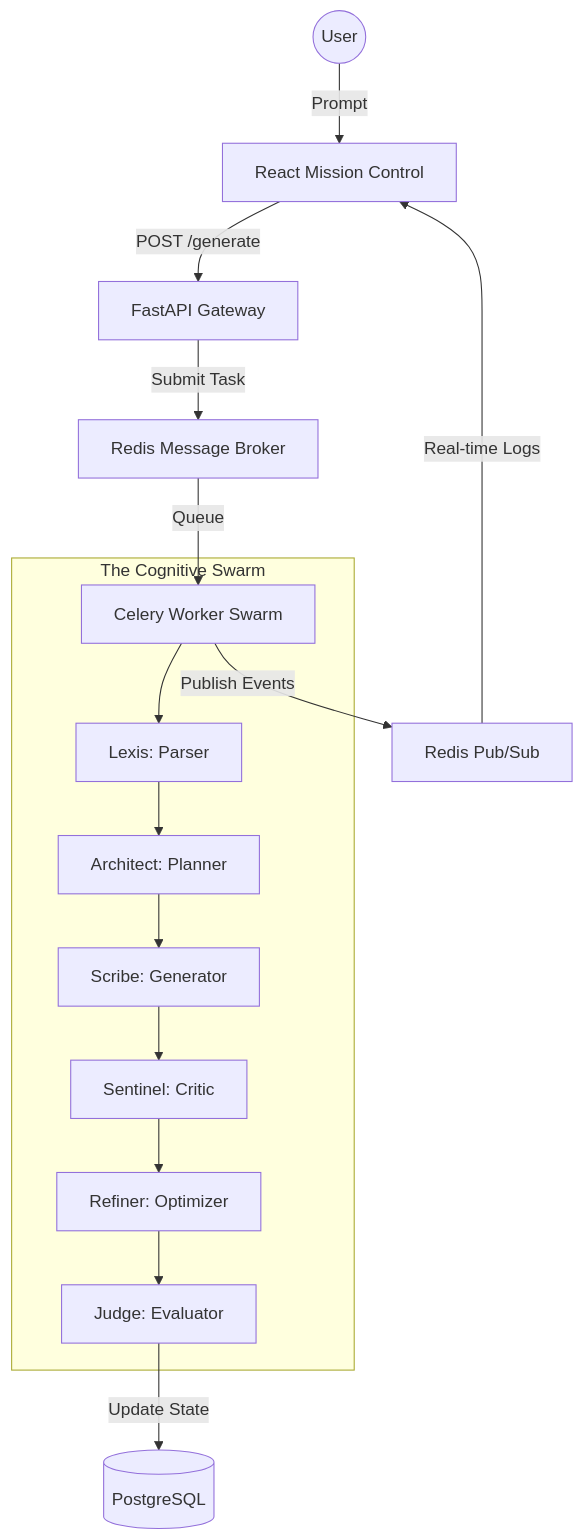
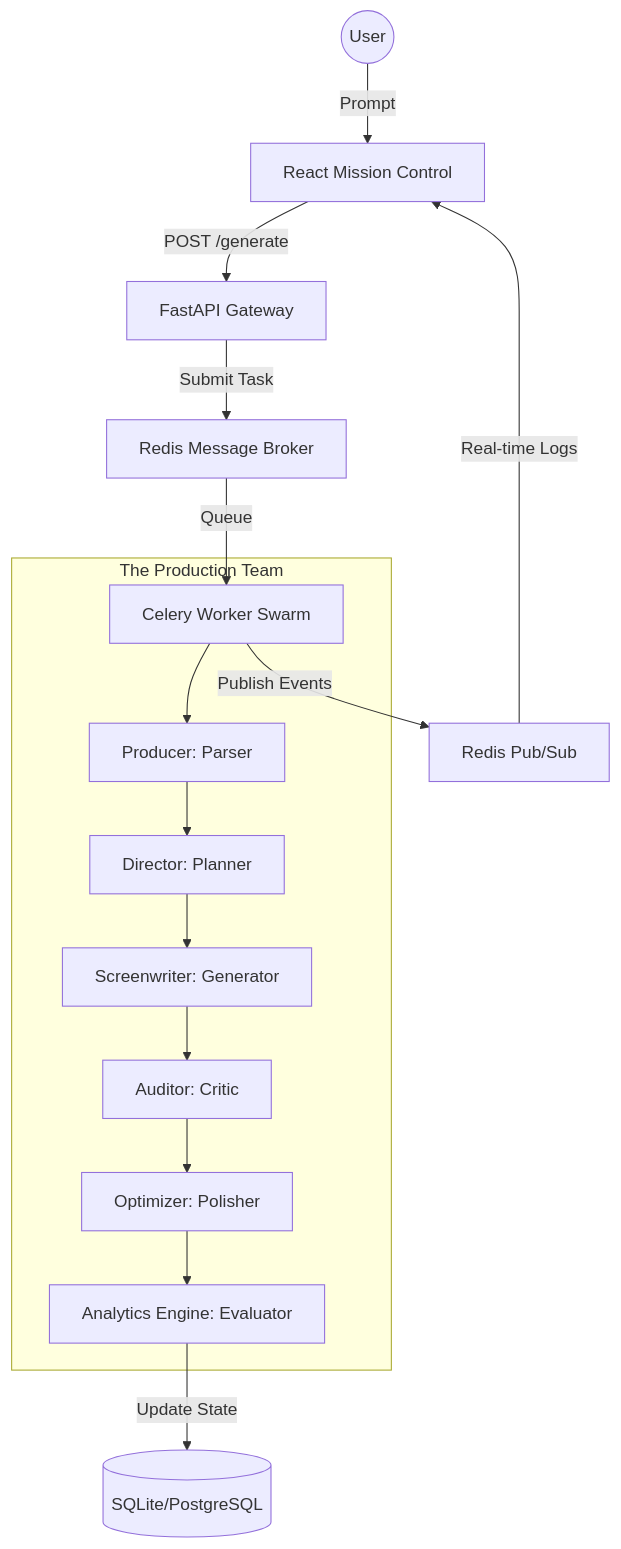
One commit to Nikil-R/Content-Agent-System changed the diagram in README.md. Above: the diagram before and after it, drawn with Mermaid. The commit also changed other lines of this file and 21 other files, not shown here.

Commit message:
feat: pivot system to Video Script Engine, update agent roles/schemas for dual-column video scripts, fix Groq/NVIDIA LLM rate limits & fallbacks, and revamp UI/README

````diff
--- a/README.md
+++ b/README.md
@@ -16,20 +13,20 @@
 ```mermaid
 graph TD
     User((User)) -->|Prompt| Dashboard[React Mission Control]
     Dashboard -->|POST /generate| API[FastAPI Gateway]
     API -->|Submit Task| Broker[Redis Message Broker]
     Broker -->|Queue| Workers[Celery Worker Swarm]
     
-    subgraph "The Cognitive Swarm"
-        Workers --> Node1[Lexis: Parser]
-        Node1 --> Node2[Architect: Planner]
-        Node2 --> Node3[Scribe: Generator]
-        Node3 --> Node4[Sentinel: Critic]
-        Node4 --> Node5[Refiner: Optimizer]
-        Node5 --> Node6[Judge: Evaluator]
+    subgraph "The Production Team"
+        Workers --> Node1[Producer: Parser]
+        Node1 --> Node2[Director: Planner]
+        Node2 --> Node3[Screenwriter: Generator]
+        Node3 --> Node4[Auditor: Critic]
+        Node4 --> Node5[Optimizer: Polisher]
+        Node5 --> Node6[Analytics Engine: Evaluator]
     end
     
-    Node6 -->|Update State| DB[(PostgreSQL)]
+    Node6 -->|Update State| DB[(SQLite/PostgreSQL)]
     Workers -->|Publish Events| PubSub[Redis Pub/Sub]
     PubSub -->|Real-time Logs| Dashboard
 ```
````
